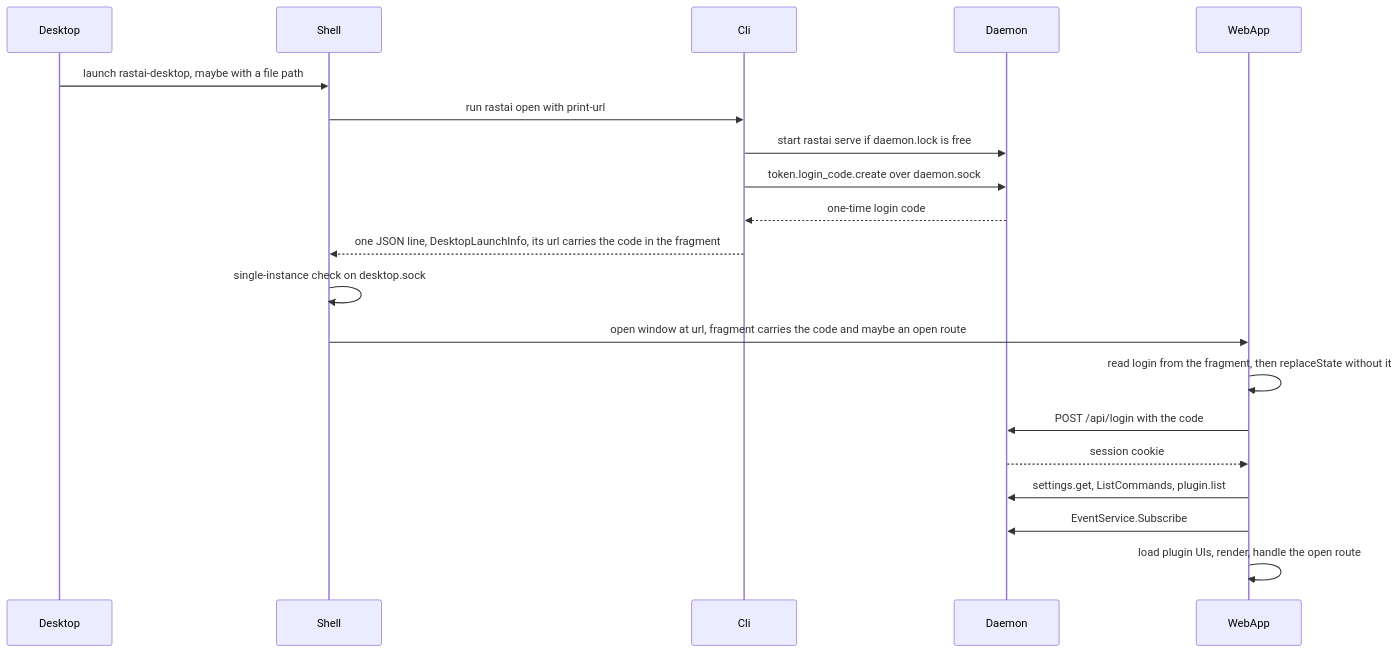
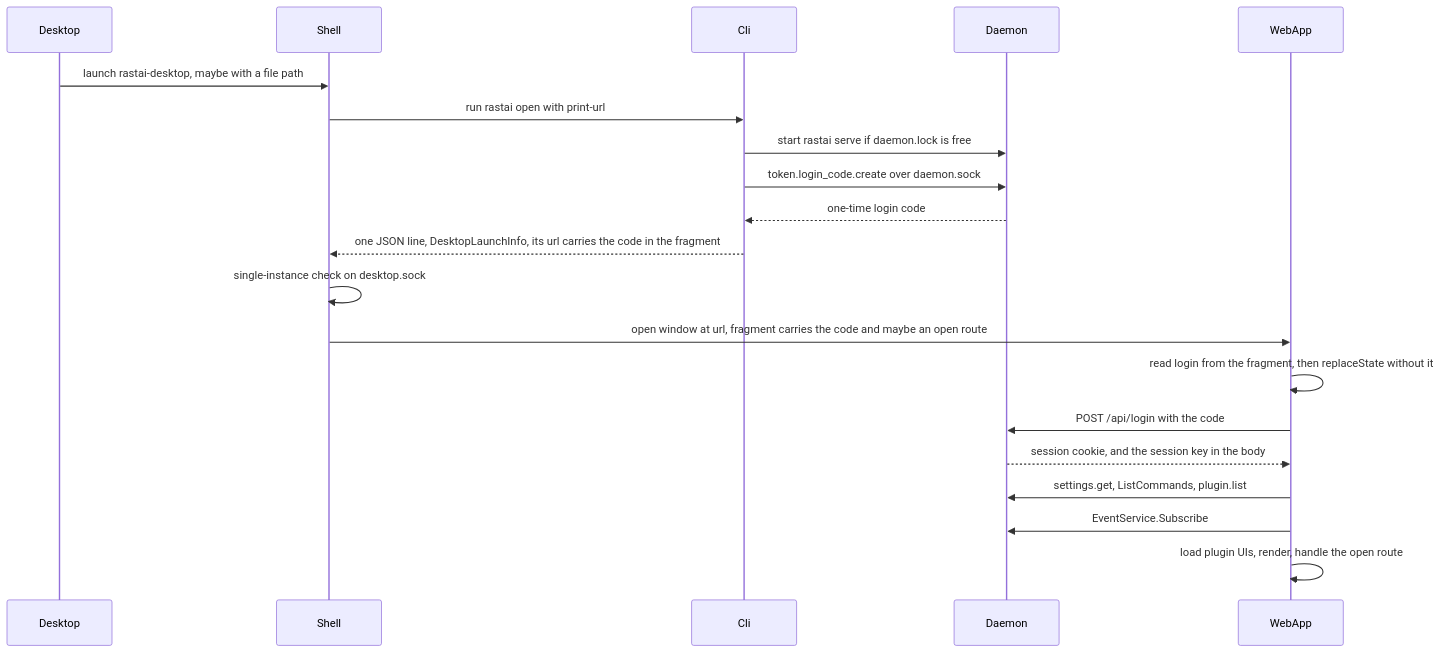
The sixth of 11 diagrams in docs/architecture/layout/frontend-and-plugins.md (Snubiss/RASTAI-Research-Studio), drawn with Mermaid before and after one commit. The commit also changed other lines of this file and 5 other files, not shown here.

````diff
--- a/docs/architecture/layout/frontend-and-plugins.md
+++ b/docs/architecture/layout/frontend-and-plugins.md
@@ -2137,22 +2142,22 @@
 ```mermaid
 sequenceDiagram
   participant OS as Desktop
   participant S as Shell
   participant C as Cli
   participant D as Daemon
   participant W as WebApp
   OS->>S: launch rastai-desktop, maybe with a file path
   S->>C: run rastai open with print-url
   C->>D: start rastai serve if daemon.lock is free
   C->>D: token.login_code.create over daemon.sock
   D-->>C: one-time login code
   C-->>S: one JSON line, DesktopLaunchInfo, its url carries the code in the fragment
   S->>S: single-instance check on desktop.sock
   S->>W: open window at url, fragment carries the code and maybe an open route
   W->>W: read login from the fragment, then replaceState without it
   W->>D: POST /api/login with the code
-  D-->>W: session cookie
+  D-->>W: session cookie, and the session key in the body
   W->>D: settings.get, ListCommands, plugin.list
   W->>D: EventService.Subscribe
   W->>W: load plugin UIs, render, handle the open route
 ```
````
